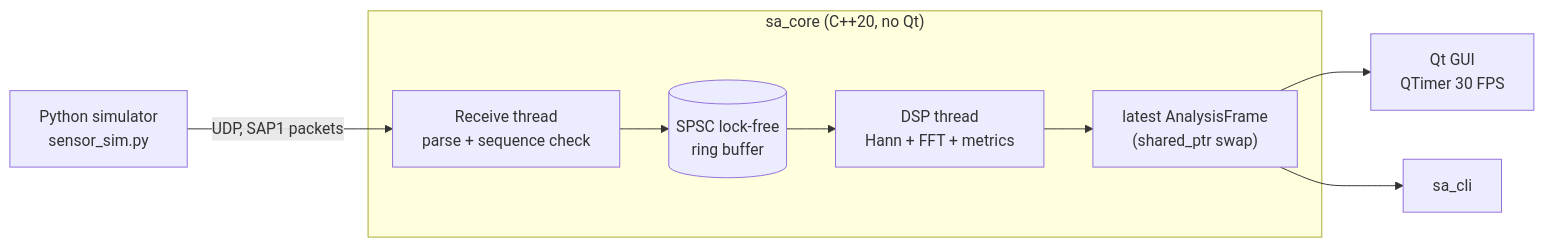
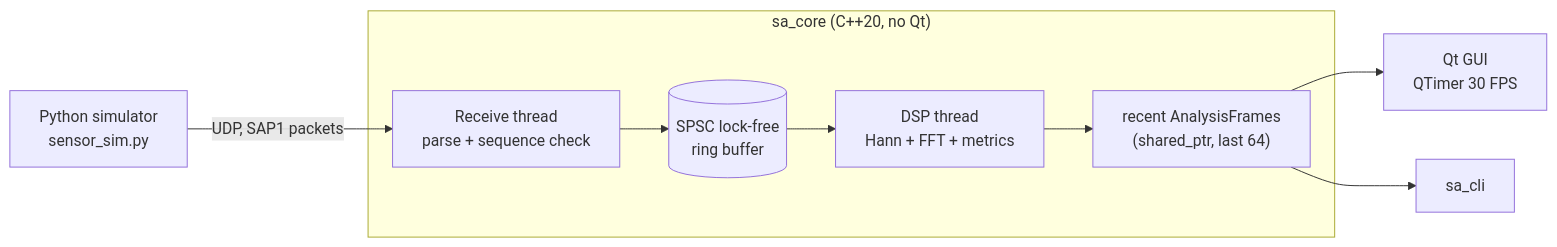
The diagram in README.md (miloszjaranowski/signal-analyzer), drawn with Mermaid before and after one commit. The commit also changed other lines of this file and 14 other files, not shown here.

````diff
--- a/README.md
+++ b/README.md
@@ -26,11 +28,11 @@
 ```mermaid
 flowchart LR
     SIM["Python simulator<br/>sensor_sim.py"] -- "UDP, SAP1 packets" --> RX
     subgraph core["sa_core (C++20, no Qt)"]
         RX["Receive thread<br/>parse + sequence check"] --> RB[("SPSC lock-free<br/>ring buffer")]
         RB --> DSP["DSP thread<br/>Hann + FFT + metrics"]
-        DSP --> FR["latest AnalysisFrame<br/>(shared_ptr swap)"]
+        DSP --> FR["recent AnalysisFrames<br/>(shared_ptr, last 64)"]
     end
     FR --> GUI["Qt GUI<br/>QTimer 30 FPS"]
     FR --> CLI["sa_cli"]
 ```
````
